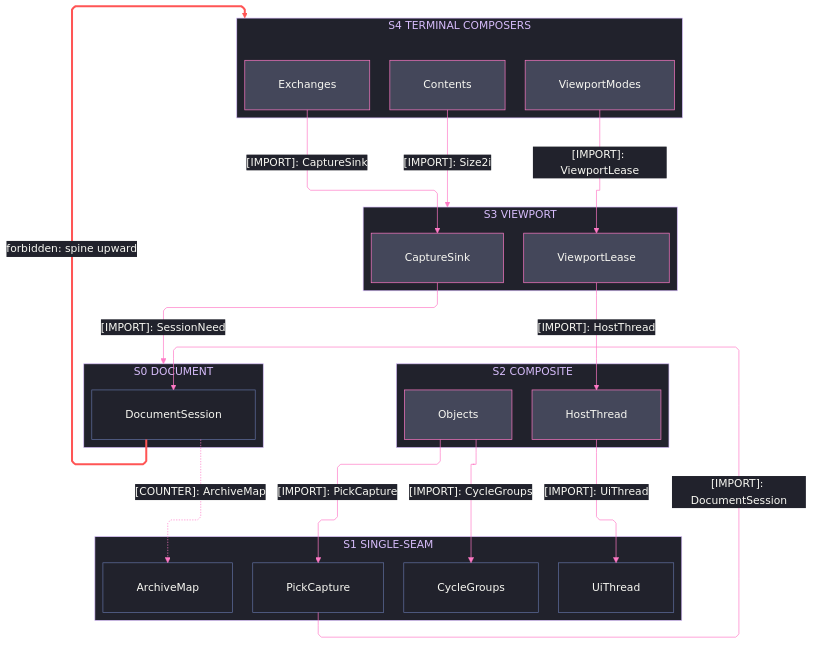
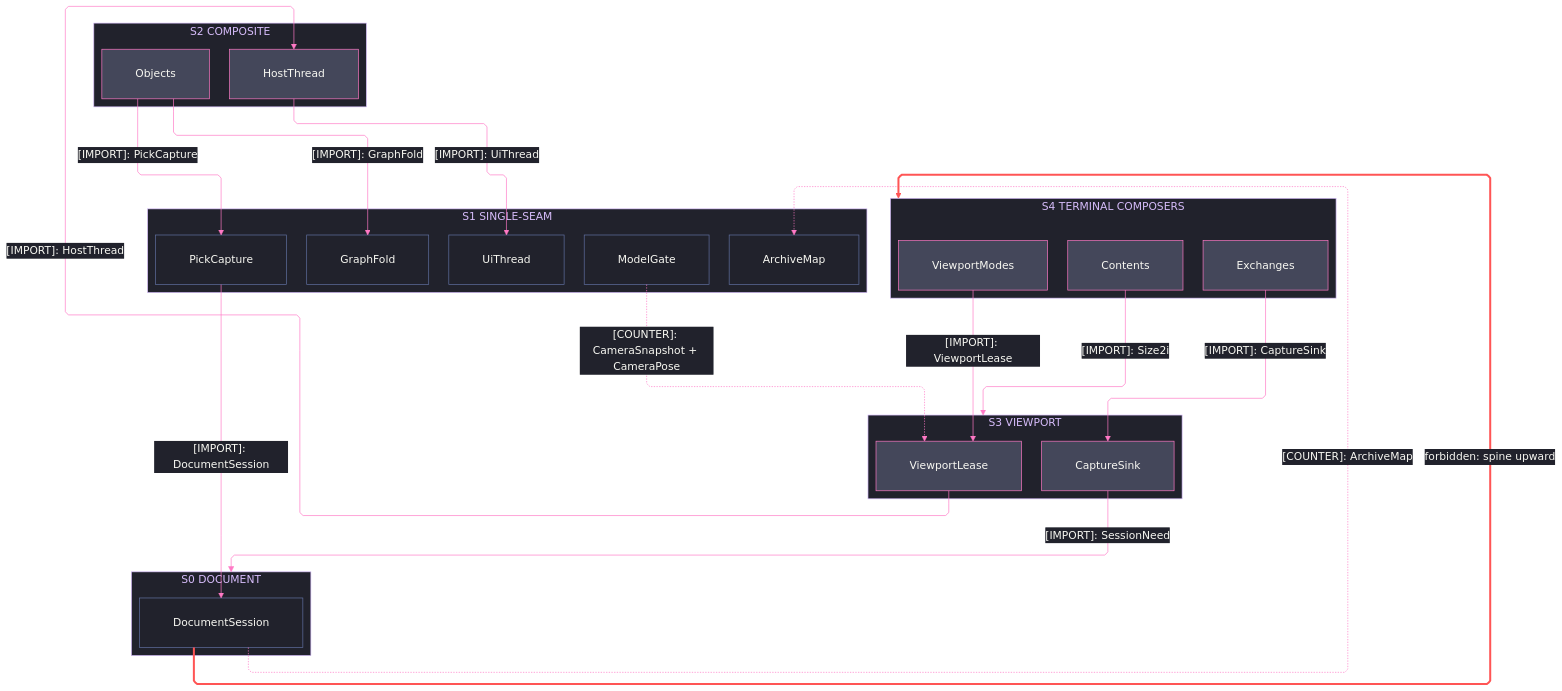
The first of 3 diagrams in libs/csharp/Rasm.Rhino/ARCHITECTURE.md (bsamiee/Rasm), drawn with Mermaid before and after one commit. The commit also changed other lines of this file and 3 other files, not shown here.

First line of the commit message:
libs/csharp/Rasm.Rhino: package root surfaces — ARCHITECTURE strata/seam updates (viewport-address hoist, camera counter-edge), IDEAS cards (RhinoAccounts/InProcess), README router, csproj

````diff
--- a/libs/csharp/Rasm.Rhino/ARCHITECTURE.md
+++ b/libs/csharp/Rasm.Rhino/ARCHITECTURE.md
@@ -101,72 +105,74 @@
 ```mermaid
 ---
 config:
   theme: base
   look: classic
   layout: elk
   flowchart:
     curve: linear
     padding: 25
   themeVariables:
     darkMode: true
     fontFamily: "SF Mono, Menlo, Cascadia Mono, Segoe UI Mono, Consolas, monospace"
     useGradient: false
     dropShadow: "none"
     background: "#282A36"
     primaryColor: "#44475A"
     primaryTextColor: "#F8F8F2"
     primaryBorderColor: "#BD93F9"
     lineColor: "#FF79C6"
     textColor: "#F8F8F2"
     clusterBkg: "#21222C"
     clusterBorder: "#D6BCFA"
     edgeLabelBackground: "#21222C"
     labelBackgroundColor: "#21222C"
     titleColor: "#D6BCFA"
   themeCSS: ".nodeLabel{font-size:13px;font-weight:500}.edgeLabel{font-size:12px;font-weight:500}.cluster-label .nodeLabel{font-size:13.5px;font-weight:700;letter-spacing:.08em}.edge-thickness-normal{stroke-width:2px}.edge-thickness-thick{stroke-width:3px}.edge-pattern-dashed,.edge-pattern-dotted{stroke-width:1.5px;stroke-dasharray:4 6}.node rect,.node circle,.node polygon,.node path,.node .outer-path{stroke-width:1.5px;filter:none!important}.cluster rect{stroke-width:1px!important;stroke-dasharray:5 4!important;filter:none!important}.marker path{transform:scale(.8);transform-origin:5px 5px}.marker circle{transform:scale(.48);transform-origin:5px 5px}.edgeLabel rect{transform-box:fill-box;transform-origin:center;transform:scale(1.1,1.2)}"
 ---
 flowchart TB
     accTitle: Rasm.Rhino interior strata
-    accDescr: Five stacked strata from the terminal display, exchange, and render composers through the viewport rail and the composite object and host-UI domains onto the single-seam domains and the document spine, every consumption edge downward and solid naming one sourced type, one dashed ruled counter-edge carrying the ArchiveMap open-options payload upward from the document spine to Persistence, and one forbidden upward edge styled red.
+    accDescr: Five stacked strata from the terminal display, exchange, and render composers through the viewport rail and the composite object and host-UI domains onto the single-seam domains and the document spine, every consumption edge downward and solid naming one sourced type, two dashed ruled counter-edges carrying the ArchiveMap open-options payload upward from the document spine to Persistence and the CameraSnapshot and CameraPose frame values upward from the Modeling gate to the viewport rail, and one forbidden upward edge styled red.
     subgraph L4["S4 TERMINAL COMPOSERS"]
         Modes[ViewportModes]
         Exchanges[Exchanges]
         Contents[Contents]
     end
     subgraph L3["S3 VIEWPORT"]
         Lease[ViewportLease]
         Capture[CaptureSink]
     end
     subgraph L2["S2 COMPOSITE"]
         Objects[Objects]
         HostThread[HostThread]
     end
     subgraph L1["S1 SINGLE-SEAM"]
         Picks[PickCapture]
-        Blocks[CycleGroups]
+        Blocks[GraphFold]
         Eto[UiThread]
         Archive[ArchiveMap]
+        Model[ModelGate]
     end
     subgraph L0["S0 DOCUMENT"]
         Session[DocumentSession]
     end
     Modes e1@-->|"[IMPORT]: ViewportLease"| Lease
     Exchanges e2@-->|"[IMPORT]: CaptureSink"| Capture
     Contents e3@-->|"[IMPORT]: Size2i"| L3
     Lease e4@-->|"[IMPORT]: HostThread"| HostThread
     Capture e5@-->|"[IMPORT]: SessionNeed"| L0
     Objects e6@-->|"[IMPORT]: PickCapture"| Picks
-    Objects e7@-->|"[IMPORT]: CycleGroups"| Blocks
+    Objects e7@-->|"[IMPORT]: GraphFold"| Blocks
     HostThread e8@-->|"[IMPORT]: UiThread"| Eto
     Picks e9@-->|"[IMPORT]: DocumentSession"| Session
     Session e10@-.->|"[COUNTER]: ArchiveMap"| Archive
+    Model e11@-.->|"[COUNTER]: CameraSnapshot + CameraPose"| Lease
     Session f1@-->|"forbidden: spine upward"| L4
     classDef primary fill:#44475A,stroke:#FF79C6,color:#F8F8F2
     classDef recessed fill:#21222C,stroke:#6272A4,color:#F8F8F2
     classDef edgeControl stroke:#FF79C6,color:#F8F8F2
     classDef edgeError stroke:#FF5555,stroke-width:3px,color:#F8F8F2
     class Modes,Exchanges,Contents,Lease,Capture,Objects,HostThread primary
-    class Picks,Blocks,Eto,Archive,Session recessed
-    class e1,e2,e3,e4,e5,e6,e7,e8,e9,e10 edgeControl
+    class Picks,Blocks,Eto,Archive,Model,Session recessed
+    class e1,e2,e3,e4,e5,e6,e7,e8,e9,e10,e11 edgeControl
     class f1 edgeError
 ```
````
